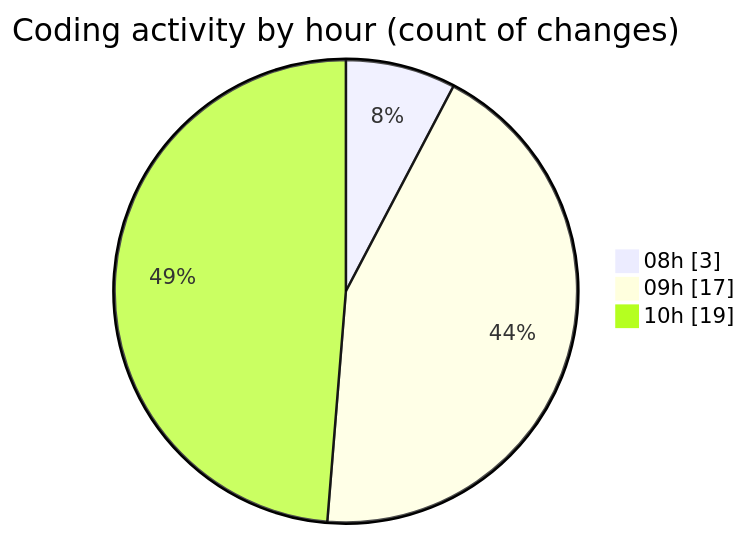
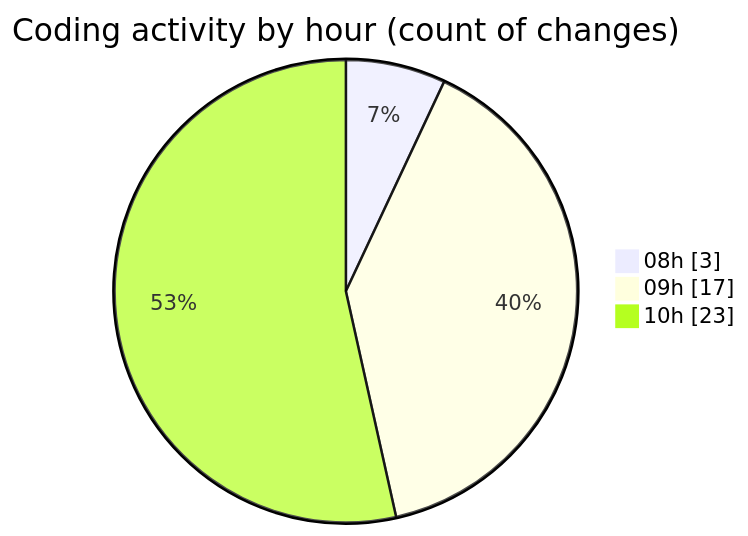
Before and after one commit to julien-gomy/code-tracking: the second of 2 diagrams in 2025-10-22/eventscop-api-guide__workspace_/README.md, drawn with Mermaid. The commit also changed other lines of this file and 1 other file, not shown here.

````diff
--- a/2025-10-22/eventscop-api-guide__workspace_/README.md
+++ b/2025-10-22/eventscop-api-guide__workspace_/README.md
@@ -38,7 +40,7 @@
 ```mermaid
 pie showData
 title Coding activity by hour (count of changes)
 "08h" : 3
 "09h" : 17
-"10h" : 19
+"10h" : 23
 ```
````
